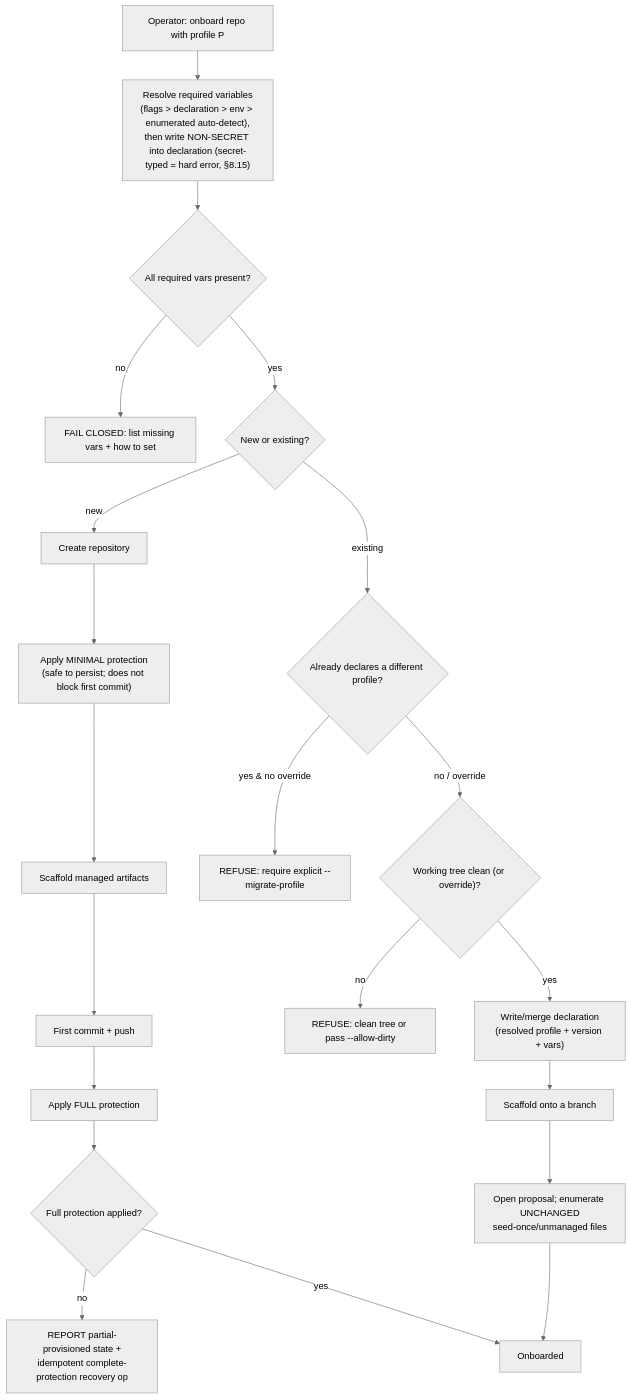
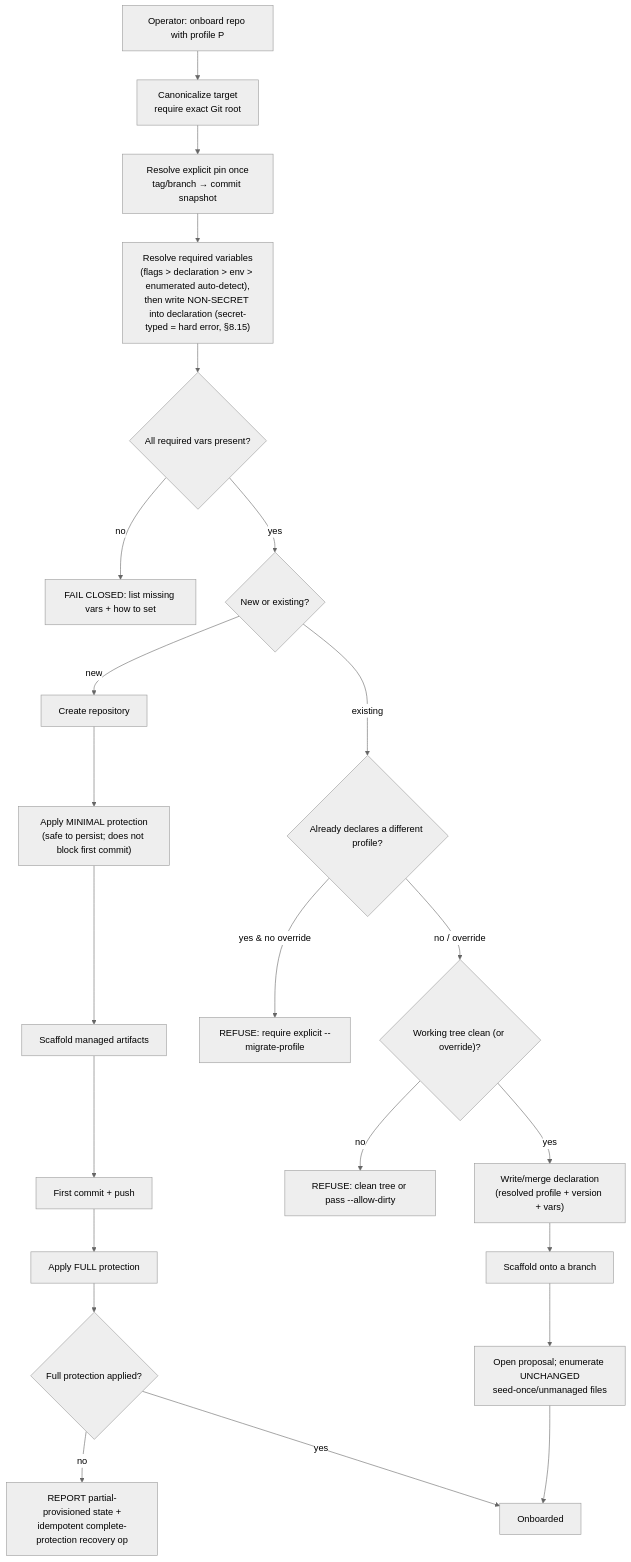
Before and after one commit to amattas/aviato: the diagram in docs/specifications/modules/onboarding/flow.md, drawn with Mermaid (neutral theme). The commit also changed other lines of this file and 38 other files, not shown here.

````diff
--- a/docs/specifications/modules/onboarding/flow.md
+++ b/docs/specifications/modules/onboarding/flow.md
@@ -82,25 +86,27 @@
 ```mermaid
 flowchart TD
-    Start["Operator: onboard repo with profile P"] --> Vars["Resolve required variables<br/>(flags > declaration > env > enumerated auto-detect),<br/>then write NON-SECRET into declaration (secret-typed = hard error, §8.15)"]
+    Start["Operator: onboard repo with profile P"] --> Root["Canonicalize target<br/>require exact Git root"]
+    Root --> Pin["Resolve explicit pin once<br/>tag/branch → commit snapshot"]
+    Pin --> Vars["Resolve required variables<br/>(flags > declaration > env > enumerated auto-detect),<br/>then write NON-SECRET into declaration (secret-typed = hard error, §8.15)"]
     Vars --> V{"All required vars present?"}
     V -- no --> Vfail["FAIL CLOSED: list missing vars + how to set"]
     V -- yes --> Mode{"New or existing?"}
 
     Mode -- new --> N1["Create repository"]
     N1 --> N2["Apply MINIMAL protection<br/>(safe to persist; does not block first commit)"]
     N2 --> N3["Scaffold managed artifacts"]
     N3 --> N4["First commit + push"]
     N4 --> N5["Apply FULL protection"]
     N5 --> N6{"Full protection applied?"}
     N6 -- no --> N7["REPORT partial-provisioned state +<br/>idempotent complete-protection recovery op"]
     N6 -- yes --> Done["Onboarded"]
 
     Mode -- existing --> E0{"Already declares a different profile?"}
     E0 -- "yes & no override" --> Emig["REFUSE: require explicit --migrate-profile"]
     E0 -- "no / override" --> E1{"Working tree clean (or override)?"}
     E1 -- no --> Edirty["REFUSE: clean tree or pass --allow-dirty"]
     E1 -- yes --> E2["Write/merge declaration<br/>(resolved profile + version + vars)"]
     E2 --> E3["Scaffold onto a branch"]
     E3 --> E4["Open proposal; enumerate UNCHANGED<br/>seed-once/unmanaged files"]
     E4 --> Done
 ```
````
